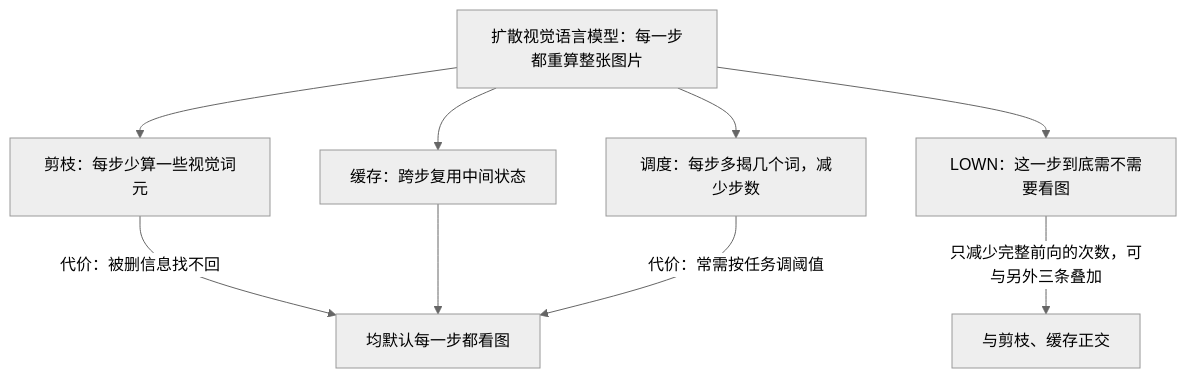
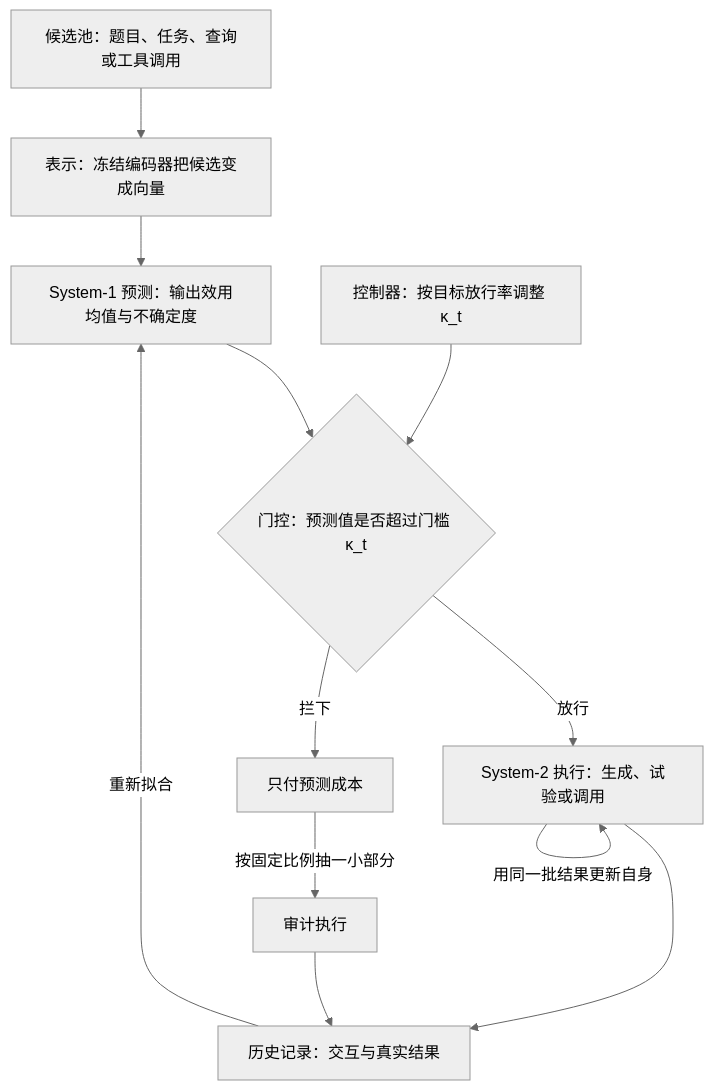
One commit to yingwang/paper-reads changed the third of 5 diagrams in docs/index.md. Above: the diagram before and after it, drawn with Mermaid (neutral theme). The commit also changed other lines of this file and 2 other files, not shown here.

First line of the commit message:
Add 2026-11-02-system1-gates-system2-conditional-interaction

````diff
--- a/docs/index.md
+++ b/docs/index.md
@@ -76,11 +161,14 @@
 ```mermaid
-flowchart TB
-    D["扩散视觉语言模型：每一步都重算整张图片"] --> P["剪枝：每步少算一些视觉词元"]
-    D --> C["缓存：跨步复用中间状态"]
-    D --> S["调度：每步多揭几个词，减少步数"]
-    D --> L["LOWN：这一步到底需不需要看图"]
-    P -->|"代价：被删信息找不回"| X["均默认每一步都看图"]
-    C --> X
-    S -->|"代价：常需按任务调阈值"| X
-    L -->|"只减少完整前向的次数，可与另外三条叠加"| Y["与剪枝、缓存正交"]
+flowchart TD
+    P["候选池：题目、任务、查询或工具调用"] --> E["表示：冻结编码器把候选变成向量"]
+    E --> S1["System-1 预测：输出效用均值与不确定度"]
+    S1 --> G{"门控：预测值是否超过门槛 κ_t"}
+    G -->|"放行"| S2["System-2 执行：生成、试验或调用"]
+    G -->|"拦下"| X["只付预测成本"]
+    X -->|"按固定比例抽一小部分"| AU["审计执行"]
+    AU --> H["历史记录：交互与真实结果"]
+    S2 --> H
+    H -->|"重新拟合"| S1
+    S2 -->|"用同一批结果更新自身"| S2
+    K["控制器：按目标放行率调整 κ_t"] --> G
 ```
````
